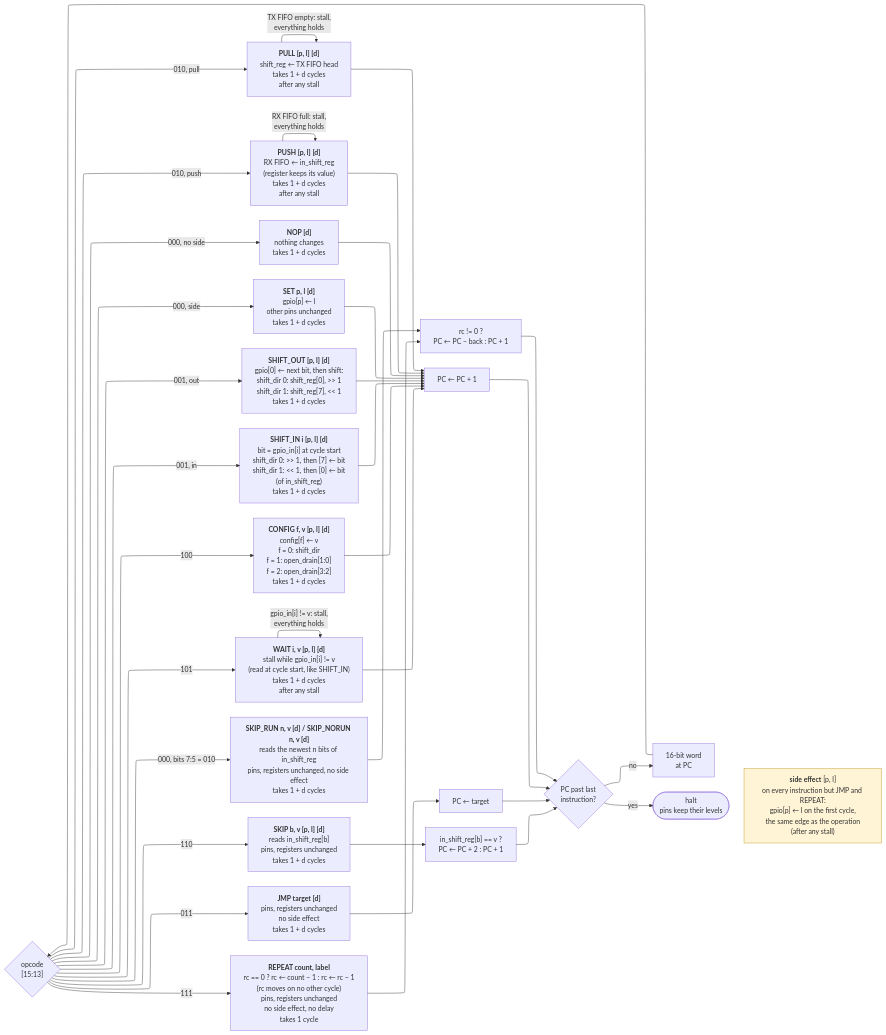
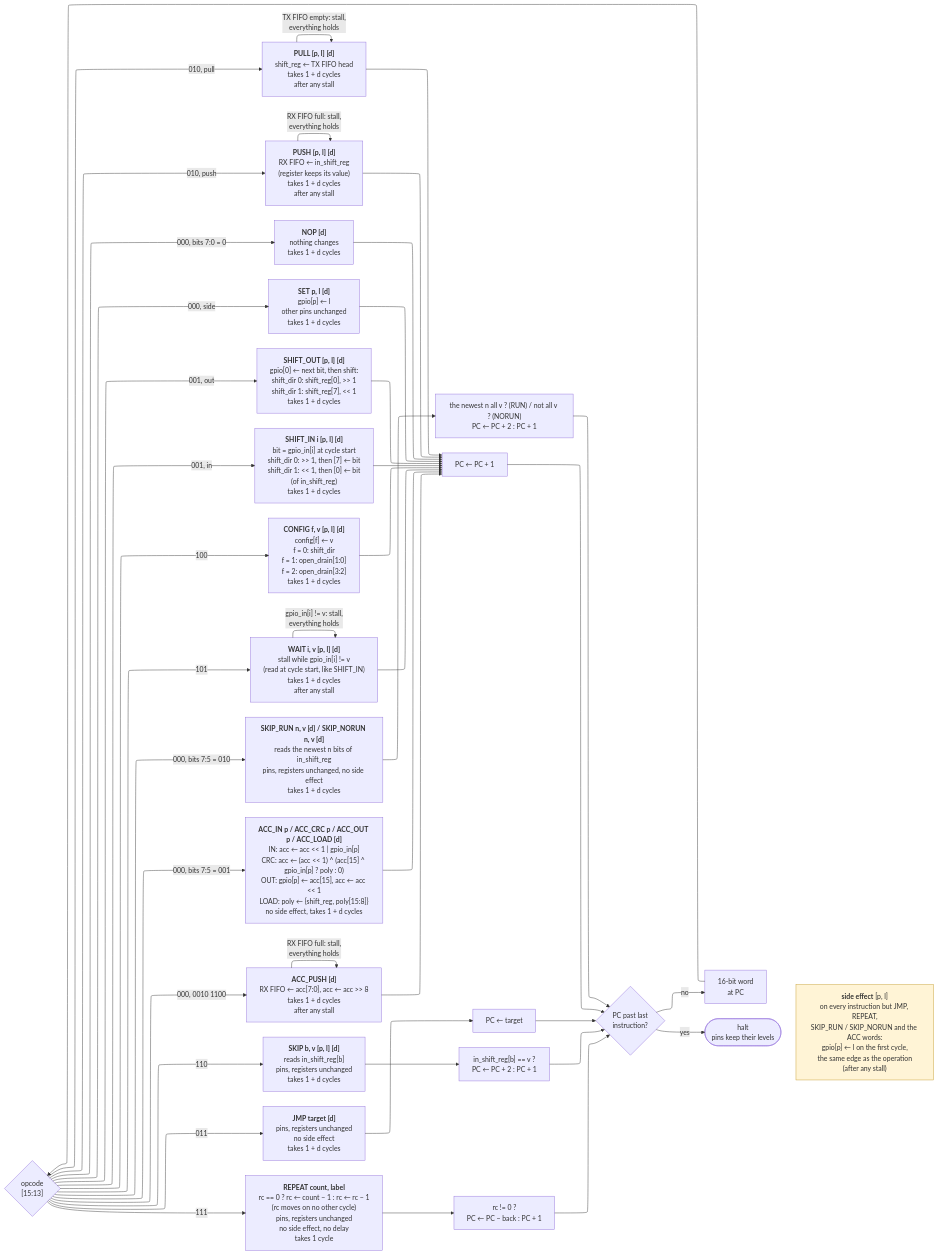
The diagram in docs/isa_execute.mmd (cshieldsce/smallcore), drawn with Mermaid before and after one commit. The commit also changed 20 other files, not shown here.

Commit message:
update diagrams: accumulator, program ram, core split in three

```diff
--- a/docs/isa_execute.mmd
+++ b/docs/isa_execute.mmd
@@ -1,38 +1,44 @@
 %%{init: {"flowchart": {"wrappingWidth": 260}}}%%
 flowchart-elk LR
   W["16-bit word<br/>at PC"] --> OP{"opcode<br/>[15:13]"}
   OP -->|"010, pull"| PULL["<b>PULL [p, l] [d]</b><br/>shift_reg ← TX FIFO head<br/>takes 1 + d cycles<br/>after any stall"]
   PULL -->|"TX FIFO empty: stall,<br/>everything holds"| PULL
   OP -->|"010, push"| PUSH["<b>PUSH [p, l] [d]</b><br/>RX FIFO ← in_shift_reg<br/>(register keeps its value)<br/>takes 1 + d cycles<br/>after any stall"]
   PUSH -->|"RX FIFO full: stall,<br/>everything holds"| PUSH
-  OP -->|"000, no side"| NOP["<b>NOP [d]</b><br/>nothing changes<br/>takes 1 + d cycles"]
+  OP -->|"000, bits 7:0 = 0"| NOP["<b>NOP [d]</b><br/>nothing changes<br/>takes 1 + d cycles"]
   OP -->|"000, side"| SET["<b>SET p, l [d]</b><br/>gpio[p] ← l<br/>other pins unchanged<br/>takes 1 + d cycles"]
   OP -->|"001, out"| SHIFT["<b>SHIFT_OUT [p, l] [d]</b><br/>gpio[0] ← next bit, then shift:<br/>shift_dir 0: shift_reg[0], >> 1<br/>shift_dir 1: shift_reg[7], << 1<br/>takes 1 + d cycles"]
   OP -->|"001, in"| SHIN["<b>SHIFT_IN i [p, l] [d]</b><br/>bit = gpio_in[i] at cycle start<br/>shift_dir 0: >> 1, then [7] ← bit<br/>shift_dir 1: << 1, then [0] ← bit<br/>(of in_shift_reg)<br/>takes 1 + d cycles"]
   OP -->|100| CFG["<b>CONFIG f, v [p, l] [d]</b><br/>config[f] ← v<br/>f = 0: shift_dir<br/>f = 1: open_drain[1:0]<br/>f = 2: open_drain[3:2]<br/>takes 1 + d cycles"]
   OP -->|101| WAIT["<b>WAIT i, v [p, l] [d]</b><br/>stall while gpio_in[i] != v<br/>(read at cycle start, like SHIFT_IN)<br/>takes 1 + d cycles<br/>after any stall"]
   WAIT -->|"gpio_in[i] != v: stall,<br/>everything holds"| WAIT
   OP -->|000, bits 7:5 = 010| RUN["<b>SKIP_RUN n, v [d] / SKIP_NORUN n, v [d]</b><br/>reads the newest n bits of in_shift_reg<br/>pins, registers unchanged, no side effect<br/>takes 1 + d cycles"]
-  RUN --> RNEXT["the newest n all v ? (RUN) / not all v ? (NORUN)<br/>PC ← PC + 2 : PC + 1"]
+  RUN --> RUNNEXT["the newest n all v ? (RUN) / not all v ? (NORUN)<br/>PC ← PC + 2 : PC + 1"]
+  OP -->|"000, bits 7:5 = 001"| ACC["<b>ACC_IN p / ACC_CRC p / ACC_OUT p / ACC_LOAD [d]</b><br/>IN: acc ← acc << 1 | gpio_in[p]<br/>CRC: acc ← (acc << 1) ^ (acc[15] ^ gpio_in[p] ? poly : 0)<br/>OUT: gpio[p] ← acc[15], acc ← acc << 1<br/>LOAD: poly ← {shift_reg, poly[15:8]}<br/>no side effect, takes 1 + d cycles"]
+  OP -->|"000, 0010 1100"| ACCP["<b>ACC_PUSH [d]</b><br/>RX FIFO ← acc[7:0], acc ← acc >> 8<br/>takes 1 + d cycles<br/>after any stall"]
+  ACCP -->|"RX FIFO full: stall,<br/>everything holds"| ACCP
   OP -->|110| SKIP["<b>SKIP b, v [p, l] [d]</b><br/>reads in_shift_reg[b]<br/>pins, registers unchanged<br/>takes 1 + d cycles"]
   OP -->|011| JMP["<b>JMP target [d]</b><br/>pins, registers unchanged<br/>no side effect<br/>takes 1 + d cycles"]
   OP -->|111| REP["<b>REPEAT count, label</b><br/>rc == 0 ? rc ← count − 1 : rc ← rc − 1<br/>(rc moves on no other cycle)<br/>pins, registers unchanged<br/>no side effect, no delay<br/>takes 1 cycle"]
   PULL --> NEXT["PC ← PC + 1"]
   PUSH --> NEXT
   NOP --> NEXT
   SET --> NEXT
   SHIFT --> NEXT
   SHIN --> NEXT
   CFG --> NEXT
   WAIT --> NEXT
+  ACC --> NEXT
+  ACCP --> NEXT
   JMP --> JNEXT["PC ← target"]
   SKIP --> SNEXT["in_shift_reg[b] == v ?<br/>PC ← PC + 2 : PC + 1"]
   REP --> RNEXT["rc != 0 ?<br/>PC ← PC − back : PC + 1"]
-  HALT ~~~ SIDE["<b>side effect</b> [p, l]<br/>on every instruction but JMP and REPEAT:<br/>gpio[p] ← l on the first cycle,<br/>the same edge as the operation<br/>(after any stall)"]
+  HALT ~~~ SIDE["<b>side effect</b> [p, l]<br/>on every instruction but JMP, REPEAT,<br/>SKIP_RUN / SKIP_NORUN and the ACC words:<br/>gpio[p] ← l on the first cycle,<br/>the same edge as the operation<br/>(after any stall)"]
   NEXT --> END{"PC past last<br/>instruction?"}
   JNEXT --> END
   SNEXT --> END
   RNEXT --> END
+  RUNNEXT --> END
   END -->|no| W
   END -->|yes| HALT(["halt<br/>pins keep their levels"])
   style SIDE fill:#fff4d6,stroke:#c49a2a
```
